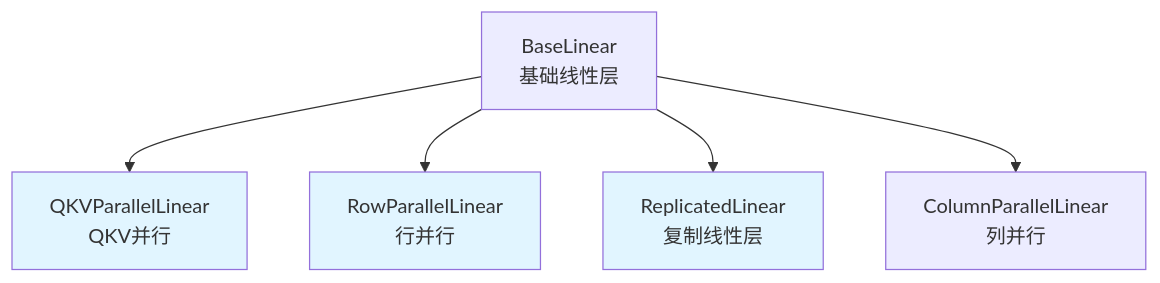
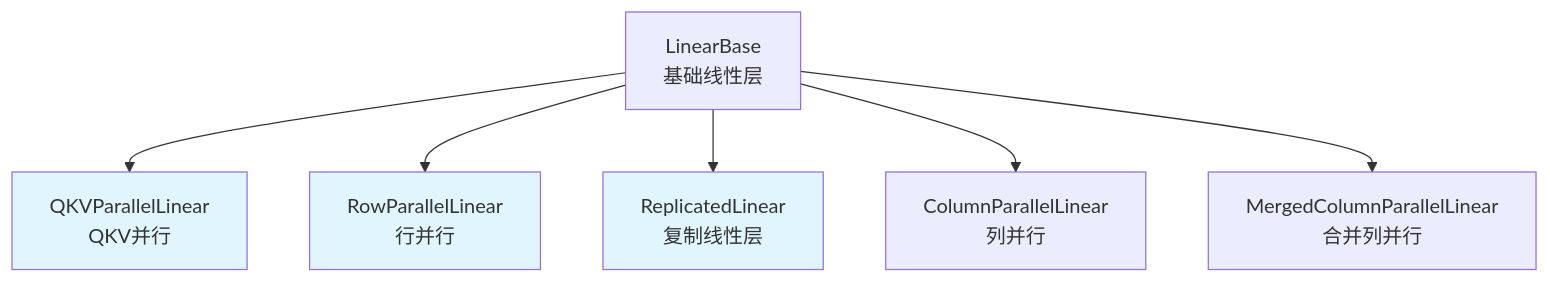
One commit to caitengwei/sglang changed the eighth of 14 diagrams in docs/analysis/arch.md. Above: the diagram before and after it, drawn with Mermaid. The commit also changed other lines of this file, not shown here.

````diff
--- a/docs/analysis/arch.md
+++ b/docs/analysis/arch.md
@@ -710,17 +731,19 @@
 ```mermaid
 graph TB
-    BaseLinear["BaseLinear<br/>基础线性层"]
+    LinearBase["LinearBase<br/>基础线性层"]
     QKVParallel["QKVParallelLinear<br/>QKV并行"]
     RowParallel["RowParallelLinear<br/>行并行"]
     RepLinear["ReplicatedLinear<br/>复制线性层"]
     ColumnParallel["ColumnParallelLinear<br/>列并行"]
+    MergedColumnParallel["MergedColumnParallelLinear<br/>合并列并行"]
 
-    BaseLinear --> QKVParallel
-    BaseLinear --> RowParallel
-    BaseLinear --> RepLinear
-    BaseLinear --> ColumnParallel
+    LinearBase --> QKVParallel
+    LinearBase --> RowParallel
+    LinearBase --> RepLinear
+    LinearBase --> ColumnParallel
+    LinearBase --> MergedColumnParallel
 
     style QKVParallel fill:#e1f5ff
     style RowParallel fill:#e1f5ff
     style RepLinear fill:#e1f5ff
 ```
````
